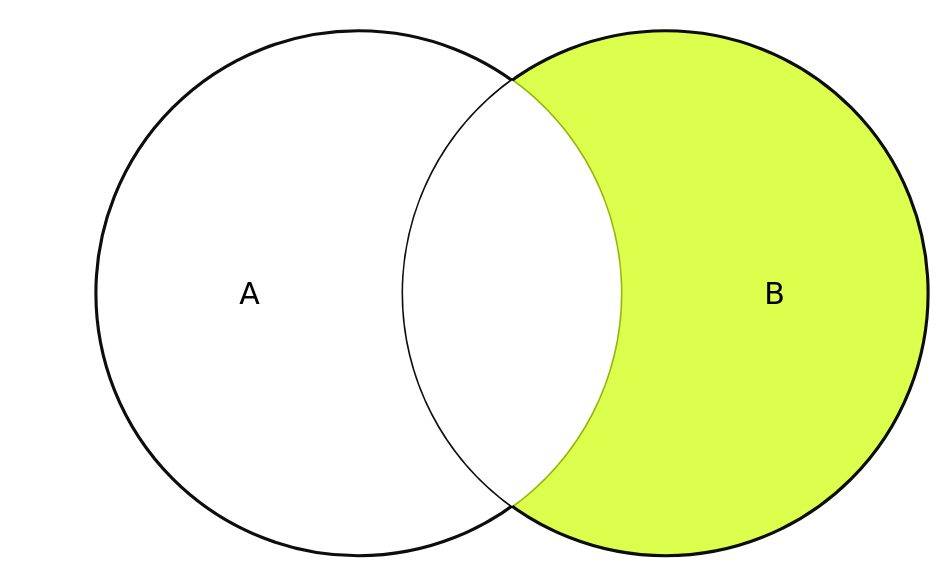
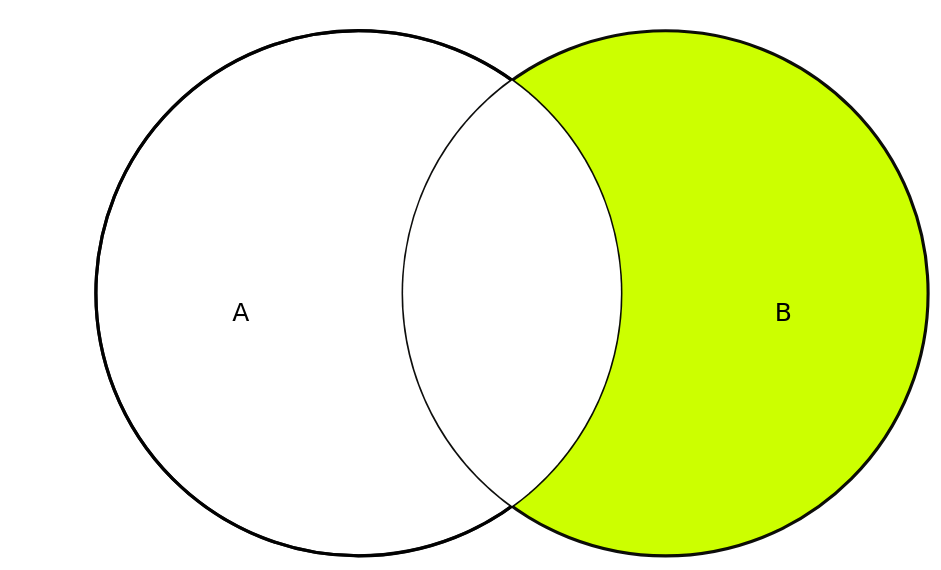
One commit to scyanth/plugin-join changed the sixth of 8 diagrams in src/main/resources/doc/guides/join_types.md. Above: the diagram before and after it, drawn with Mermaid. The commit also changed other lines of this file, not shown here.

Commit message:
doc: fix colors of mermaid venn diagrams in join types guide

````diff
--- a/src/main/resources/doc/guides/join_types.md
+++ b/src/main/resources/doc/guides/join_types.md
@@ -97,9 +142,18 @@
 ```mermaid
 venn-beta
     set A:10
     set B:10
+        text labelB["B"]
+    set A2:10
+    union A,A2:10
+        text labelA["A"]
     union A,B:3
-    style A fill:#ffffff,fill-opacity:0,stroke:#000000,color:#000000
-    style B fill:#ccff00,fill-opacity:0.7,stroke:#000000,color:#000000
-    style A,B fill:#ffffff
+    union A2,B:3
+    union A,A2,B:3
+    style A fill:#ffffff,fill-opacity:1,stroke:#000000,color:transparent
+    style B fill:#ccff00,fill-opacity:1,stroke:#000000,color:transparent
+    style A2 fill:#ffffff,fill-opacity:0,stroke:#000000,color:transparent
+    style A,A2,B fill:#ffffff
+    style labelA color:#000000
+    style labelB color:#000000
 ```
````
